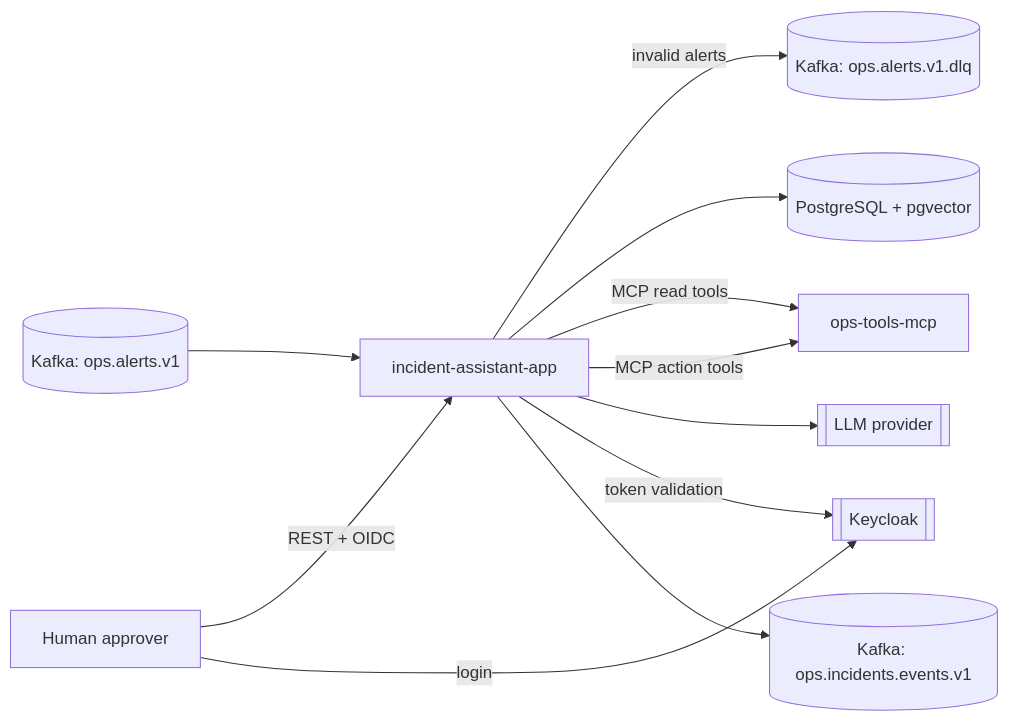
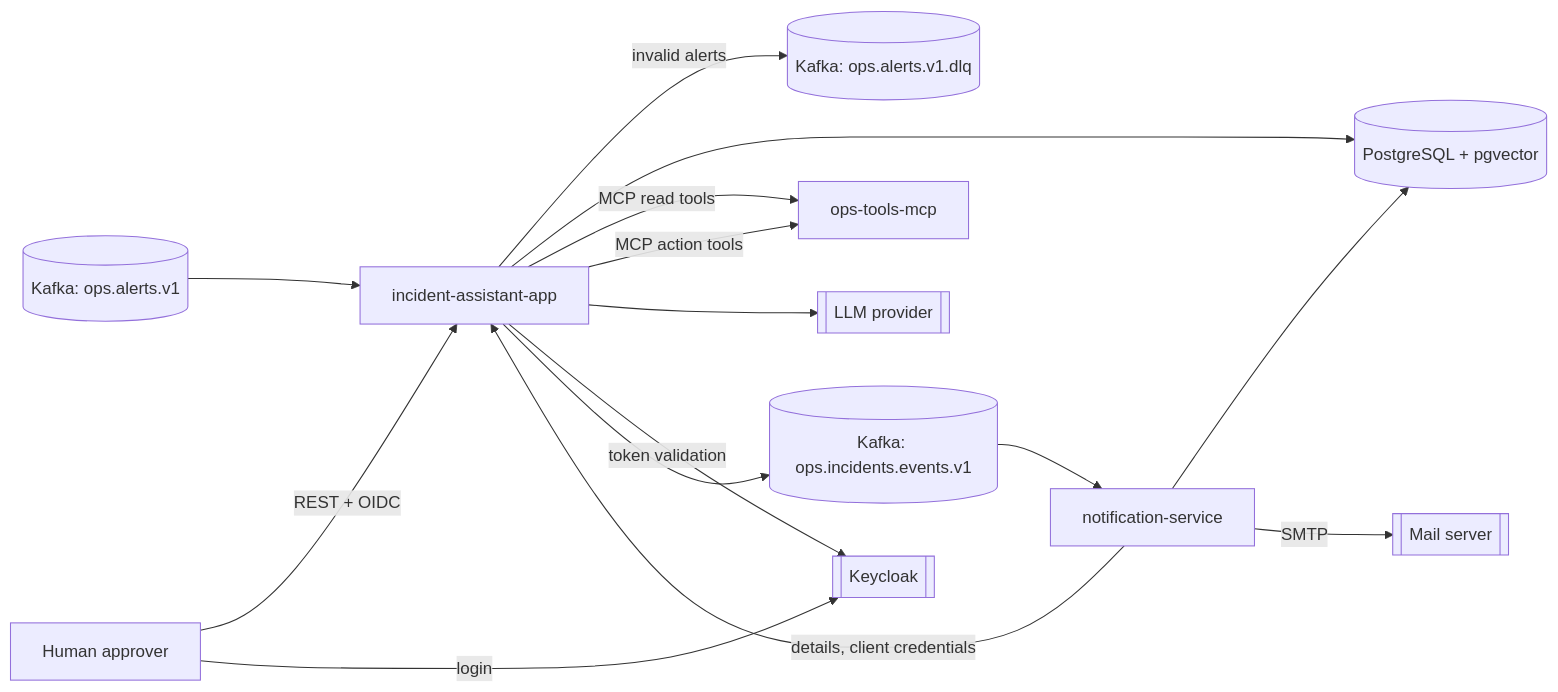
Before and after one commit to miro-farkas/incident-assistant: the first of 2 diagrams in docs/architecture.md, drawn with Mermaid. The commit also changed 62 other files, not shown here.

````diff
--- a/docs/architecture.md
+++ b/docs/architecture.md
@@ -5,13 +5,17 @@
 ```mermaid
 flowchart LR
     K[(Kafka: ops.alerts.v1)] --> APP[incident-assistant-app]
     APP -- invalid alerts --> KD[(Kafka: ops.alerts.v1.dlq)]
     APP --> PG[(PostgreSQL + pgvector)]
     APP -- MCP read tools --> MCP[ops-tools-mcp]
     APP -- MCP action tools --> MCP
     APP --> LLM[[LLM provider]]
     H[Human approver] -- REST + OIDC --> APP
     H -- login --> KC[[Keycloak]]
     APP -- token validation --> KC
     APP --> KO[(Kafka: ops.incidents.events.v1)]
+    KO --> NS[notification-service]
+    NS -- details, client credentials --> APP
+    NS --> PG
+    NS -- SMTP --> MAIL[[Mail server]]
 ```
````
